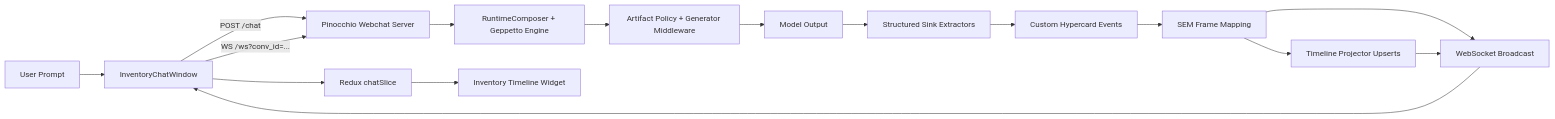
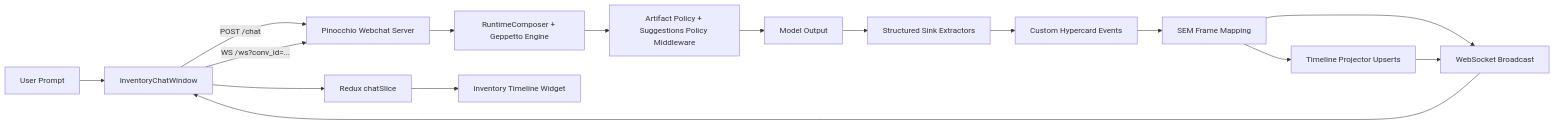
One commit to wesen/2026-02-12--hypercard-react changed the first of 3 diagrams in ttmp/2026/02/16/HC-033-ADD-WEBCHAT-INTEGRATION--add-webchat-integration/design-doc/02-widget-timeline-event-integration-playbook.md. Above: the diagram before and after it, drawn with Mermaid. The commit also changed other lines of this file and 3 other files, not shown here.

Commit message:
Update HC-033 playbook and diary for suggestions event flow

````diff
--- a/ttmp/2026/02/16/HC-033-ADD-WEBCHAT-INTEGRATION--add-webchat-integration/design-doc/02-widget-timeline-event-integration-playbook.md
+++ b/ttmp/2026/02/16/HC-033-ADD-WEBCHAT-INTEGRATION--add-webchat-integration/design-doc/02-widget-timeline-event-integration-playbook.md
@@ -102,18 +102,18 @@
 ```mermaid
 flowchart LR
     U[User Prompt] --> FE[InventoryChatWindow]
     FE -->|POST /chat| BE[Pinocchio Webchat Server]
     FE -->|WS /ws?conv_id=...| BE
     BE --> RT[RuntimeComposer + Geppetto Engine]
-    RT --> MW[Artifact Policy + Generator Middleware]
+    RT --> MW[Artifact Policy + Suggestions Policy Middleware]
     MW --> LLM[Model Output]
     LLM --> EX[Structured Sink Extractors]
     EX --> EV[Custom Hypercard Events]
     EV --> SEM[SEM Frame Mapping]
     SEM --> TL[Timeline Projector Upserts]
     SEM --> WS[WebSocket Broadcast]
     TL --> WS
     WS --> FE
     FE --> TS[Redux chatSlice]
     TS --> TW[Inventory Timeline Widget]
 ```
````
